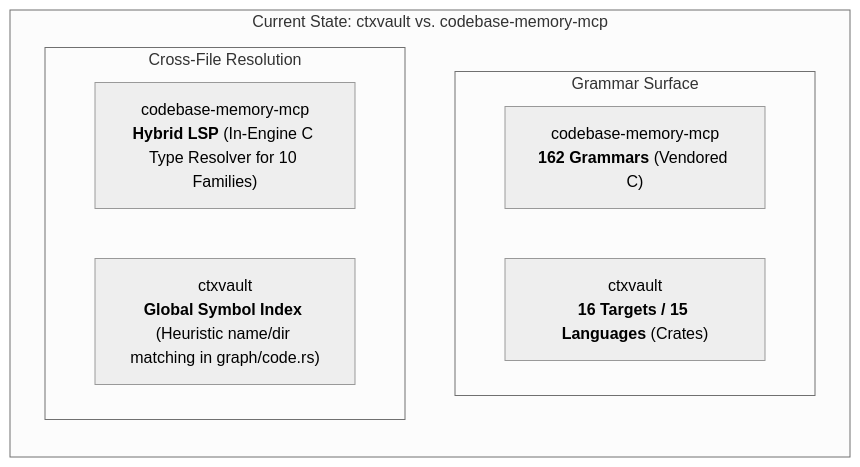
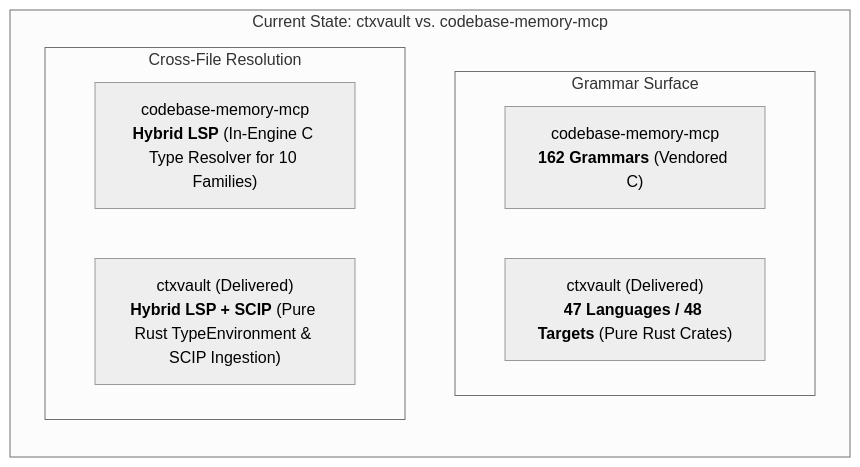
One commit to t3e1er/ctxvault changed the first of 3 diagrams in docs/RFC-treesitter-expansion-and-lsp-analysis.md. Above: the diagram before and after it, drawn with Mermaid (neutral theme). The commit also changed other lines of this file and 14 other files, not shown here.

````diff
--- a/docs/RFC-treesitter-expansion-and-lsp-analysis.md
+++ b/docs/RFC-treesitter-expansion-and-lsp-analysis.md
@@ -18,14 +16,14 @@
 ```mermaid
 flowchart TD
     subgraph "Current State: ctxvault vs. codebase-memory-mcp"
         direction TB
         subgraph "Grammar Surface"
             CBM_G["codebase-memory-mcp<br/><b>162 Grammars</b> (Vendored C)"]
-            CV_G["ctxvault<br/><b>16 Targets / 15 Languages</b> (Crates)"]
+            CV_G["ctxvault (Delivered)<br/><b>47 Languages / 48 Targets</b> (Pure Rust Crates)"]
         end
         subgraph "Cross-File Resolution"
             CBM_LSP["codebase-memory-mcp<br/><b>Hybrid LSP</b> (In-Engine C Type Resolver for 10 Families)"]
-            CV_LSP["ctxvault<br/><b>Global Symbol Index</b> (Heuristic name/dir matching in graph/code.rs)"]
+            CV_LSP["ctxvault (Delivered)<br/><b>Hybrid LSP + SCIP</b> (Pure Rust TypeEnvironment & SCIP Ingestion)"]
         end
     end
 ```
````
